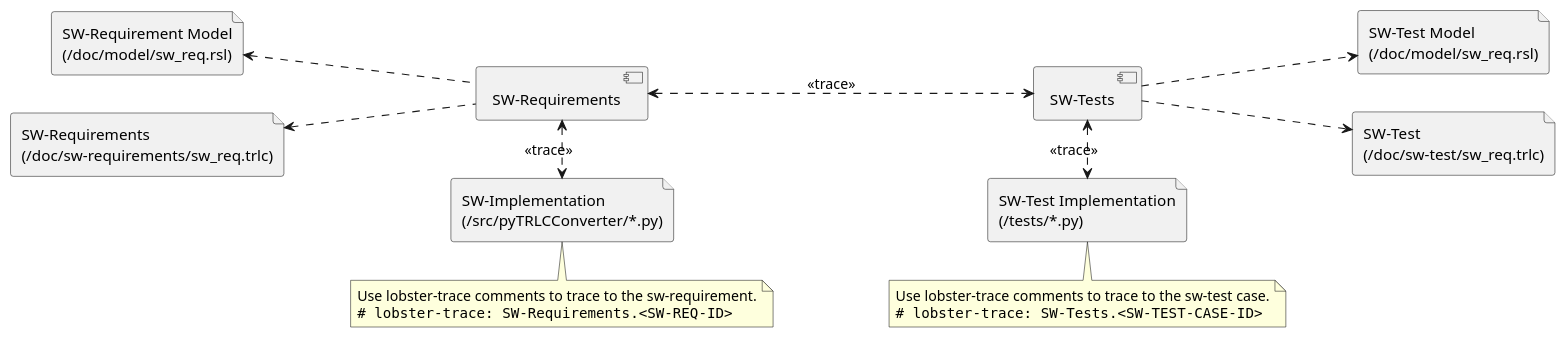
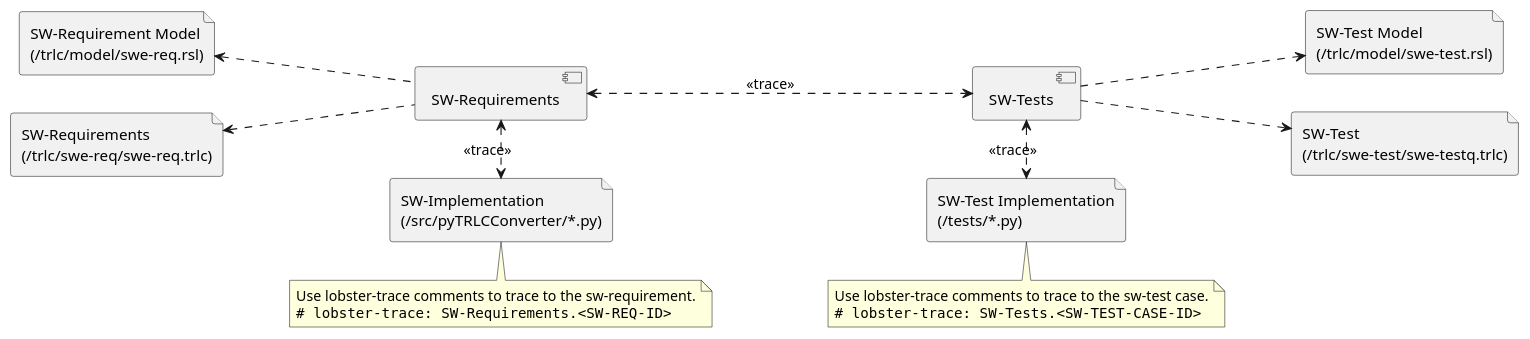
Before and after one commit to nhjschulz/pyTRLCConverter: the diagram in doc/configuration/tracing.puml, drawn with PlantUML. The commit also changed 33 other files, not shown here.

```diff
--- a/doc/configuration/tracing.puml
+++ b/doc/configuration/tracing.puml
@@ -1,40 +1,40 @@
 @startuml tracing
 
 left to right direction
 
 component "SW-Requirements" as swRequirements
 component "SW-Tests" as swTests
 file "SW-Implementation\n(/src/pyTRLCConverter/*.py)" as swImplementation
 file "SW-Test Implementation\n(/tests/*.py)" as swTestImplementation
 
-file "SW-Requirement Model\n(/doc/model/sw_req.rsl)" as swReqRsl
-file "SW-Requirements\n(/doc/sw-requirements/sw_req.trlc)" as swReqTrlc
+file "SW-Requirement Model\n(/trlc/model/swe-req.rsl)" as swReqRsl
+file "SW-Requirements\n(/trlc/swe-req/swe-req.trlc)" as swReqTrlc
 
-file "SW-Test Model\n(/doc/model/sw_req.rsl)" as swTestRsl
-file "SW-Test\n(/doc/sw-test/sw_req.trlc)" as swTestTrlc
+file "SW-Test Model\n(/trlc/model/swe-test.rsl)" as swTestRsl
+file "SW-Test\n(/trlc/swe-test/swe-testq.trlc)" as swTestTrlc
 
 swReqRsl <.. swRequirements
 swReqTrlc <.. swRequirements
 
 swTests ..> swTestRsl
 swTests ..> swTestTrlc
 
 swRequirements <..> swTests: <<trace>>
 swRequirements <.> swImplementation: <<trace>>
 swTests <.> swTestImplementation: <<trace>>
 
 note bottom of swImplementation
     Use lobster-trace comments to trace to the sw-requirement.
     <code>
     # lobster-trace: SW-Requirements.<SW-REQ-ID>
     </code>
 end note
 
 note bottom of swTestImplementation
     Use lobster-trace comments to trace to the sw-test case.
     <code>
     # lobster-trace: SW-Tests.<SW-TEST-CASE-ID>
     </code>
 end note
 
 @enduml
```
